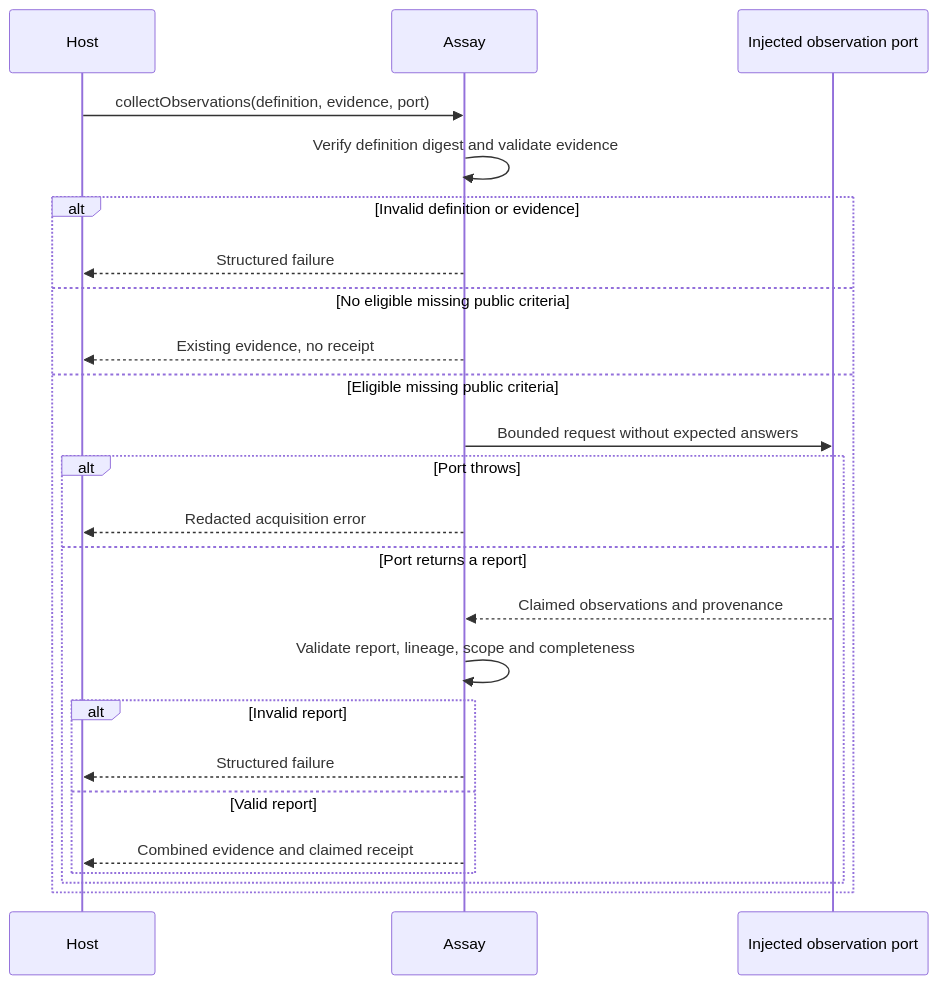
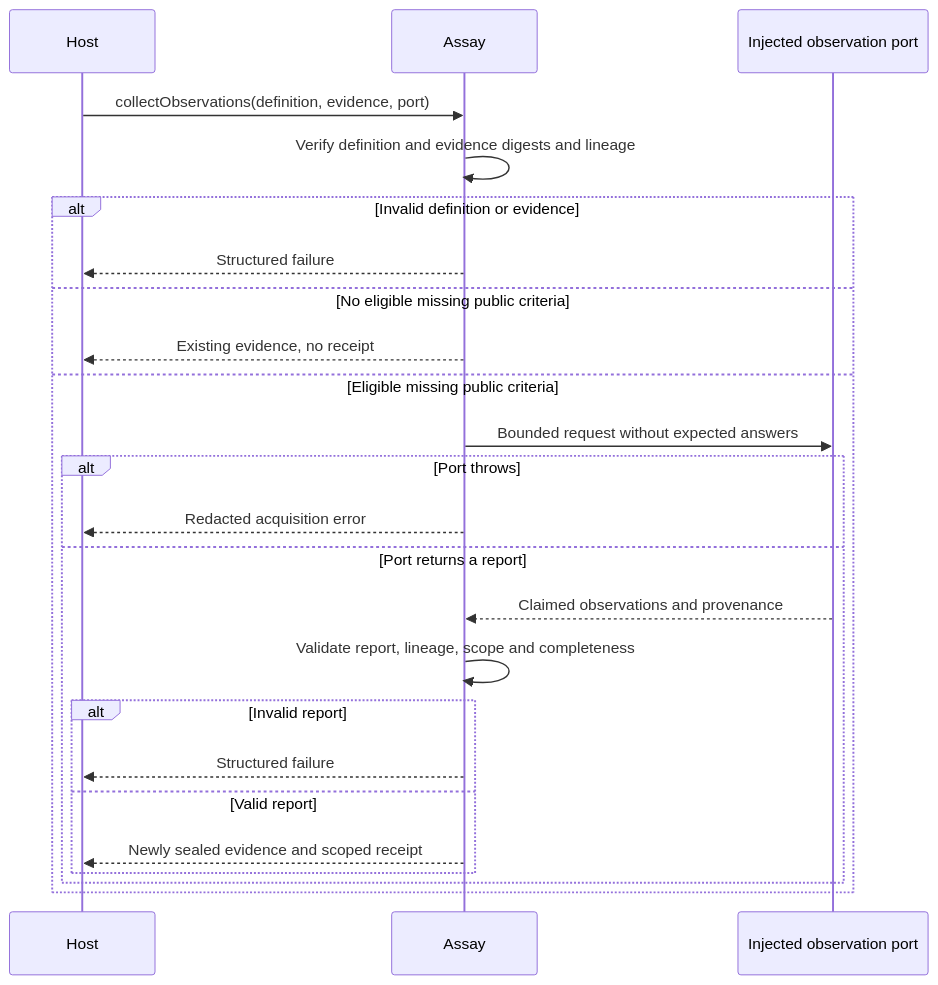
The third of 4 diagrams in README.md (0xbuffdev/assay), drawn with Mermaid before and after one commit. The commit also changed other lines of this file and 7 other files, not shown here.

Commit message:
docs(assay): document schema-2 evidence and scoped provenance migration

````diff
--- a/README.md
+++ b/README.md
@@ -98,27 +98,27 @@
 ```mermaid
 sequenceDiagram
     participant H as Host
     participant A as Assay
     participant P as Injected observation port
 
     H->>A: collectObservations(definition, evidence, port)
-    A->>A: Verify definition digest and validate evidence
+    A->>A: Verify definition and evidence digests and lineage
     alt Invalid definition or evidence
         A-->>H: Structured failure
     else No eligible missing public criteria
         A-->>H: Existing evidence, no receipt
     else Eligible missing public criteria
         A->>P: Bounded request without expected answers
         alt Port throws
             A-->>H: Redacted acquisition error
         else Port returns a report
             P-->>A: Claimed observations and provenance
             A->>A: Validate report, lineage, scope and completeness
             alt Invalid report
                 A-->>H: Structured failure
             else Valid report
-                A-->>H: Combined evidence and claimed receipt
+                A-->>H: Newly sealed evidence and scoped receipt
             end
         end
     end
 ```
````
